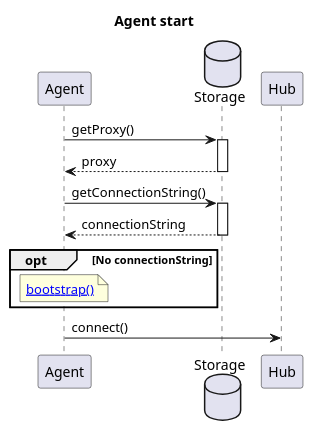
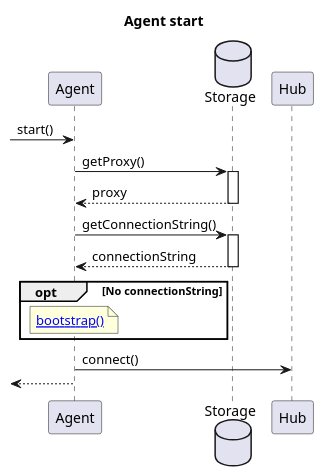
One commit to se-edge/framework-diagrams changed the diagram in Agent/start.puml. Above: the diagram before and after it, drawn with PlantUML. The commit also changed 7 other files, not shown here.

Commit message:
update boot sequence diagram

```diff
--- a/Agent/start.puml
+++ b/Agent/start.puml
@@ -1,21 +1,22 @@
 @startuml
 title "Agent start"
 
 participant Agent as A
 database Storage as Stor
 participant Hub as Hub
 
-
+[->A: start()
 A->Stor ++: getProxy()
 Stor-->A --: proxy
 
 A->Stor ++: getConnectionString()
 Stor-->A --: connectionString
 
 opt No connectionString
 
 note over A : [[http://www.plantuml.com/plantuml/proxy?cache=no&src=https://raw.githubusercontent.com/se-edge/diagrams/develop/Agent/bootstrap.puml&fmt=svg bootstrap()]]
 end
 A->Hub: connect()
+A-->[:
 
 @enduml
```
